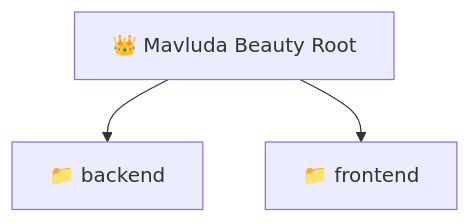
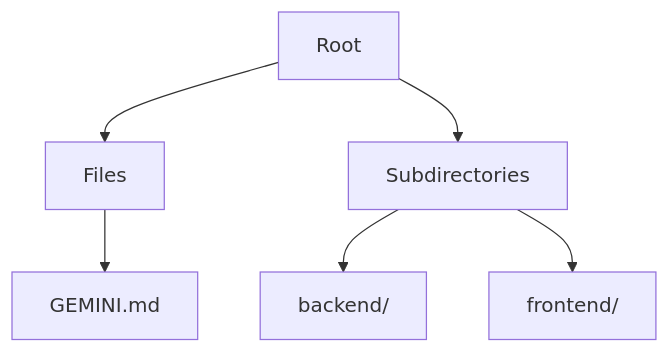
The diagram in README.md (beginwebdev2002/fullstack-mavluda), drawn with Mermaid before and after one commit. The commit also changed other lines of this file and 167 other files, not shown here.

````diff
--- a/README.md
+++ b/README.md
@@ -9,6 +12,8 @@
 ```mermaid
 graph TD
-  Mavluda_Beauty_Root["👑 Mavluda Beauty Root"]
-  Mavluda_Beauty_Root --> backend["📁 backend"]
-  Mavluda_Beauty_Root --> frontend["📁 frontend"]
+  Root --> Files
+  Files --> GEMINI_md[GEMINI.md]
+  Root --> Subdirectories
+  Subdirectories --> backend[backend/]
+  Subdirectories --> frontend[frontend/]
 ```
````
